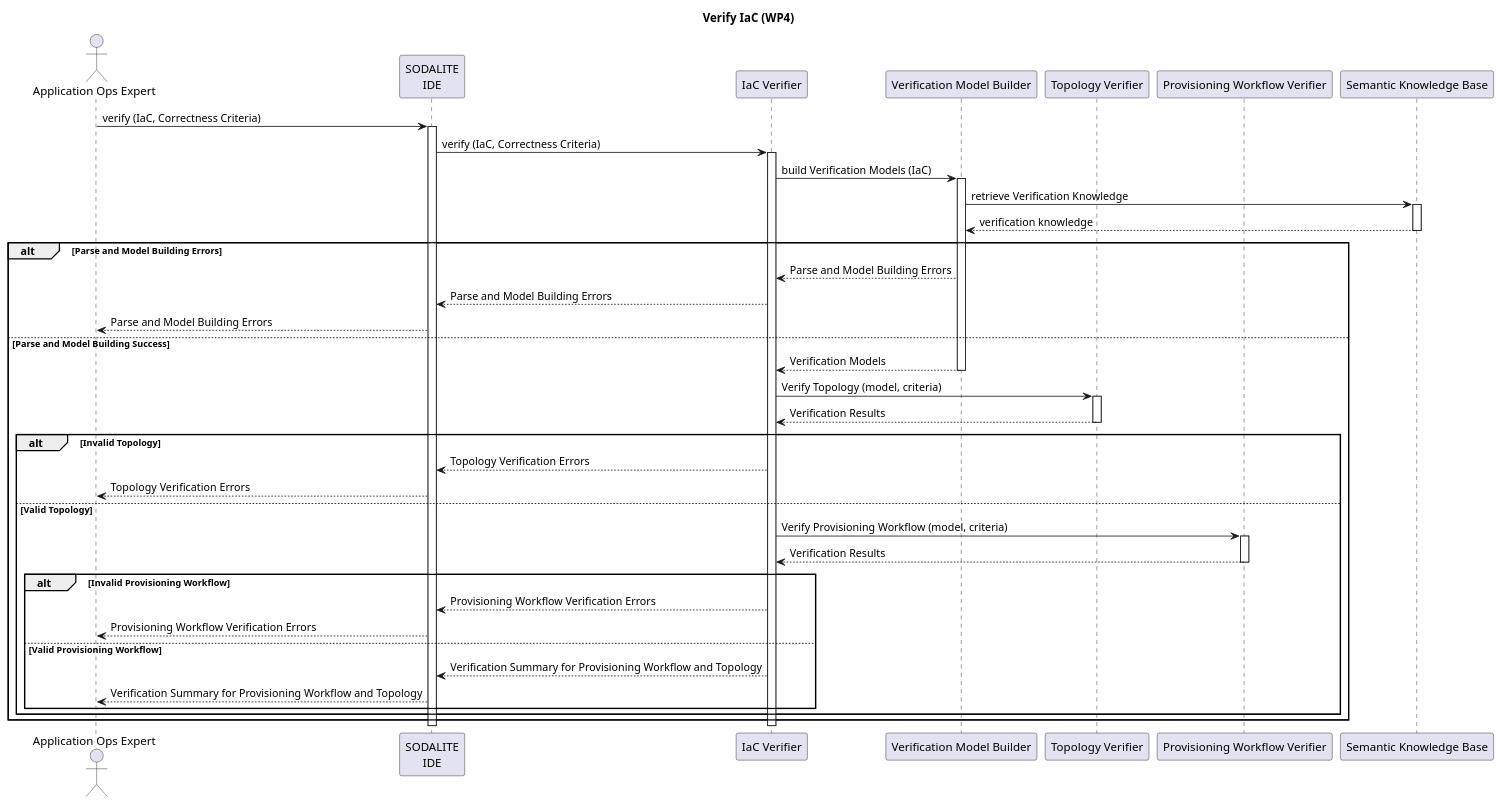
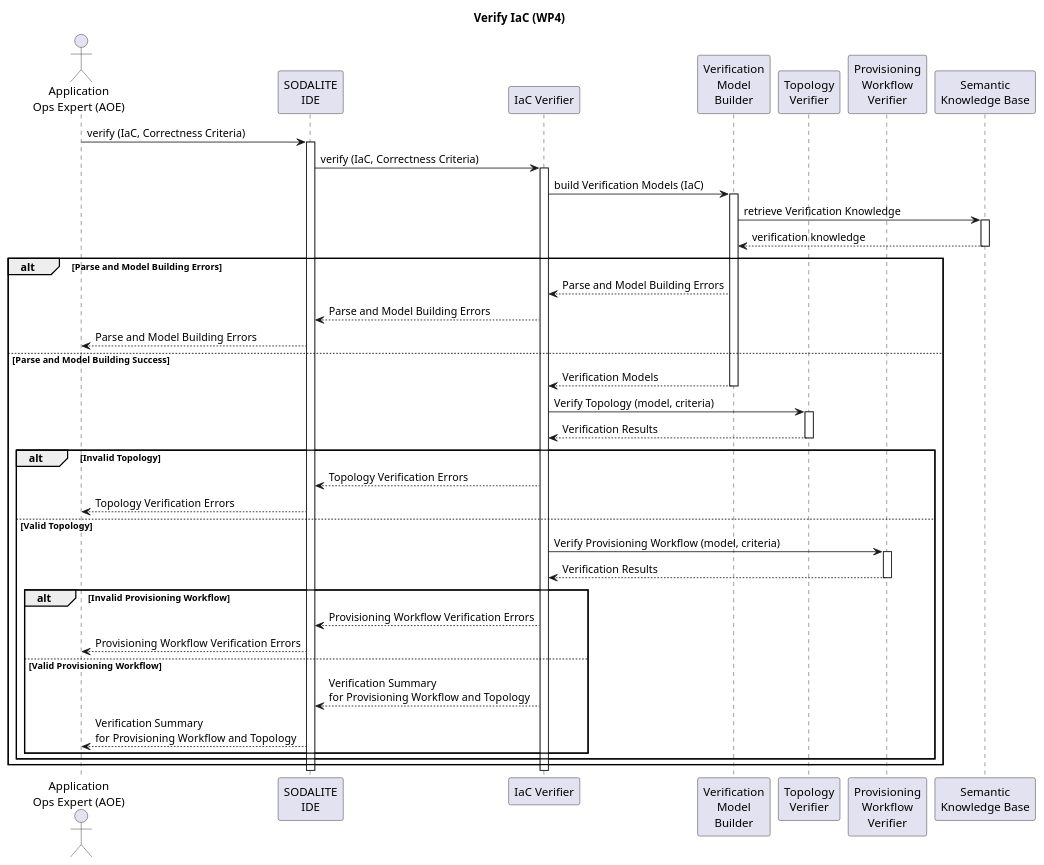
Before and after one commit to SODALITE-EU/project-wide-documentation: the diagram in uml/sequence-diagrams/UC-04-VerifyIaC-WP4.puml, drawn with PlantUML.

Commit message:
Shortened neames and messages

```diff
--- a/uml/sequence-diagrams/UC-04-VerifyIaC-WP4.puml
+++ b/uml/sequence-diagrams/UC-04-VerifyIaC-WP4.puml
@@ -1,54 +1,54 @@
 @startuml
 
 title Verify IaC (WP4)
 
-actor "Application Ops Expert" as ops
+actor "Application\nOps Expert (AOE)" as ops
 participant "SODALITE\nIDE" as sic
 participant "IaC Verifier" as soda
-participant "Verification Model Builder" as vmb
-participant "Topology Verifier" as tv
-participant "Provisioning Workflow Verifier" as pwv
-participant "Semantic Knowledge Base" as kb
+participant "Verification\nModel\nBuilder" as vmb
+participant "Topology\nVerifier" as tv
+participant "Provisioning\nWorkflow\nVerifier" as pwv
+participant "Semantic\nKnowledge Base" as kb
 
 ops->sic: verify (IaC, Correctness Criteria)
 activate sic
 sic->soda: verify (IaC, Correctness Criteria)
 activate soda
 soda -> vmb: build Verification Models (IaC)
 activate vmb
 vmb -> kb: retrieve Verification Knowledge
 activate kb
 kb --> vmb: verification knowledge
 deactivate kb
 alt Parse and Model Building Errors
     vmb --> soda: Parse and Model Building Errors
     soda --> sic: Parse and Model Building Errors
     sic --> ops: Parse and Model Building Errors
 else  Parse and Model Building Success
     vmb --> soda: Verification Models
     deactivate vmb
     soda -> tv: Verify Topology (model, criteria)
     activate tv
     tv --> soda: Verification Results
     deactivate tv
     alt Invalid Topology
         soda --> sic: Topology Verification Errors
         sic --> ops: Topology Verification Errors
     else Valid Topology
         soda -> pwv: Verify Provisioning Workflow (model, criteria)
         activate pwv
         pwv --> soda: Verification Results
         deactivate pwv
         alt Invalid Provisioning Workflow
             soda --> sic: Provisioning Workflow Verification Errors
             sic --> ops: Provisioning Workflow Verification Errors
         else  Valid Provisioning Workflow
-            soda --> sic: Verification Summary for Provisioning Workflow and Topology
-            sic --> ops: Verification Summary for Provisioning Workflow and Topology
+            soda --> sic: Verification Summary\nfor Provisioning Workflow and Topology
+            sic --> ops: Verification Summary\nfor Provisioning Workflow and Topology
         end
     end
 end
 
 deactivate soda
 deactivate sic
 @enduml
```
